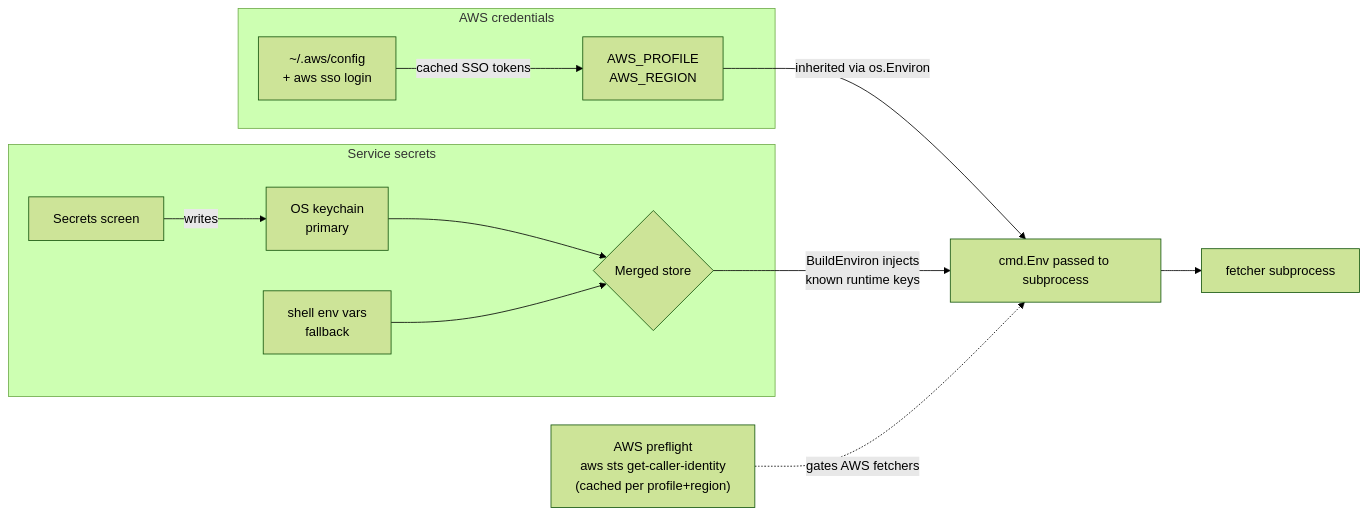
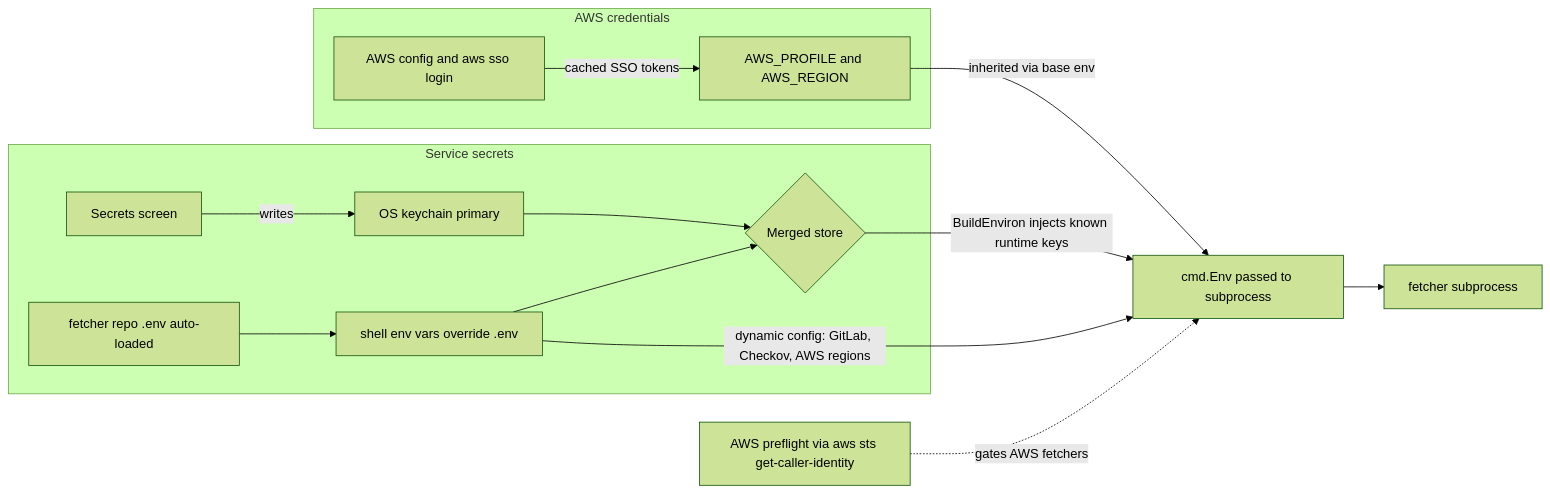
One commit to 21tmccauley/evidence-tui-prototype changed the diagram in docs/diagrams/auth.md. Above: the diagram before and after it, drawn with Mermaid (forest theme). The commit also changed other lines of this file and 10 other files, not shown here.

````diff
--- a/docs/diagrams/auth.md
+++ b/docs/diagrams/auth.md
@@ -11,26 +12,29 @@
 ```mermaid
 flowchart LR
     subgraph awsSide [AWS credentials]
-        awsConfig["~/.aws/config<br/>+ aws sso login"]
-        awsConfig -->|cached SSO tokens| awsEnv["AWS_PROFILE<br/>AWS_REGION"]
+        awsConfig["AWS config and aws sso login"]
+        awsConfig -->|cached SSO tokens| awsEnv["AWS_PROFILE and AWS_REGION"]
     end
 
     subgraph secretsSide [Service secrets]
         secretsScreen[Secrets screen]
-        keychain[OS keychain<br/>primary]
-        envVars[shell env vars<br/>fallback]
+        keychain["OS keychain primary"]
+        dotenv["fetcher repo .env auto-loaded"]
+        envVars["shell env vars override .env"]
         merged{Merged store}
 
         secretsScreen -->|writes| keychain
         keychain --> merged
+        dotenv --> envVars
         envVars --> merged
     end
 
-    awsEnv -->|inherited via os.Environ| cmdEnv
-    merged -->|BuildEnviron injects<br/>known runtime keys| cmdEnv[cmd.Env passed to subprocess]
+    awsEnv -->|inherited via base env| cmdEnv
+    merged -->|BuildEnviron injects known runtime keys| cmdEnv["cmd.Env passed to subprocess"]
+    envVars -->|"dynamic config: GitLab, Checkov, AWS regions"| cmdEnv
 
-    preflight["AWS preflight<br/>aws sts get-caller-identity<br/>(cached per profile+region)"]
+    preflight["AWS preflight via aws sts get-caller-identity"]
     preflight -.->|gates AWS fetchers| cmdEnv
 
     cmdEnv --> fetcher[fetcher subprocess]
 ```
````
